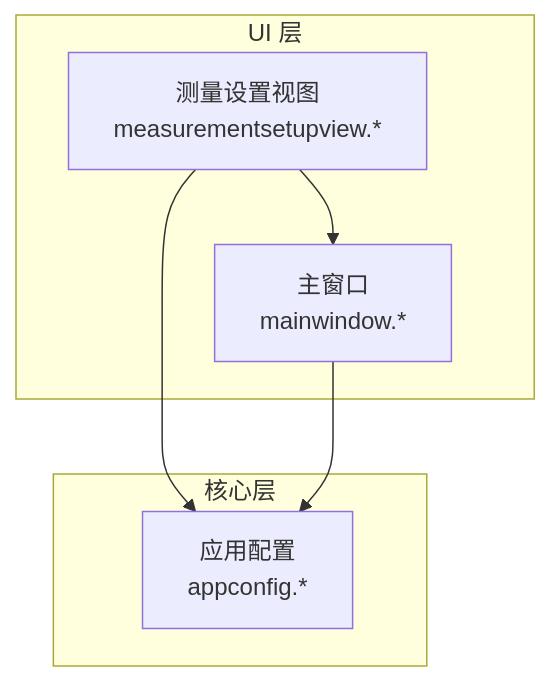
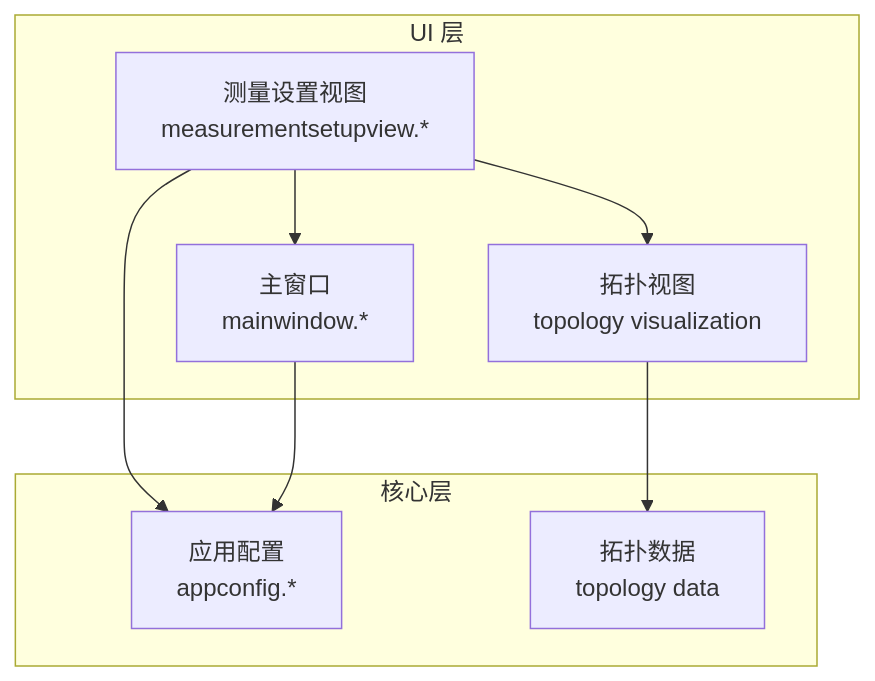
Before and after one commit to jakecai1225-design/OpenBus: the first of 5 diagrams in .qoder/repowiki/zh/content/架构设计/UI系统设计/测量设置视图组件.md, drawn with Mermaid. The commit also changed other lines of this file and 26 other files, not shown here.

````diff
--- a/.qoder/repowiki/zh/content/架构设计/UI系统设计/测量设置视图组件.md
+++ b/.qoder/repowiki/zh/content/架构设计/UI系统设计/测量设置视图组件.md
@@ -34,13 +42,17 @@
 ```mermaid
 graph TB
 subgraph "UI 层"
 MSV["测量设置视图<br/>measurementsetupview.*"]
 MW["主窗口<br/>mainwindow.*"]
+TV["拓扑视图<br/>topology visualization"]
 end
 subgraph "核心层"
 AC["应用配置<br/>appconfig.*"]
+TD["拓扑数据<br/>topology data"]
 end
 MSV --> MW
 MSV --> AC
+MSV --> TV
+TV --> TD
 MW --> AC
 ```
````
